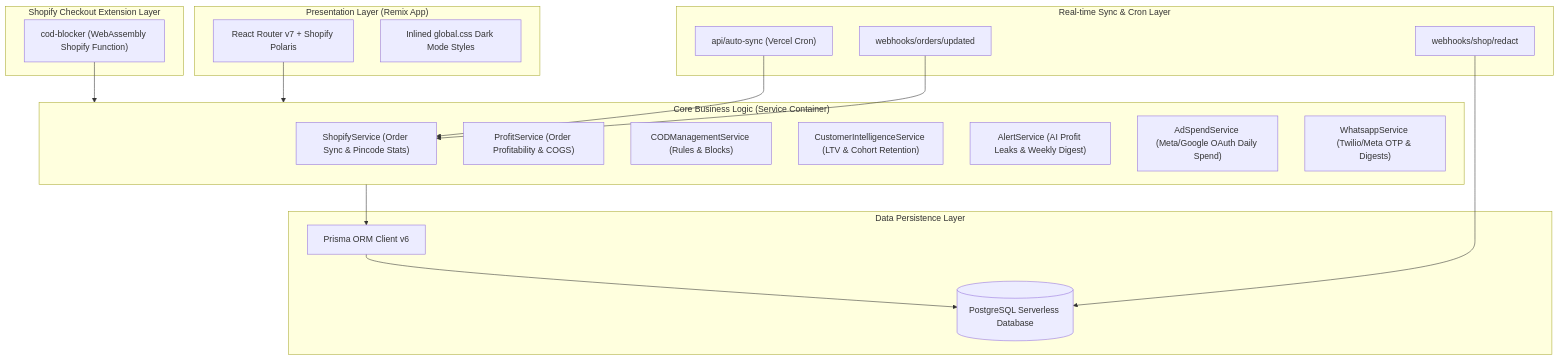
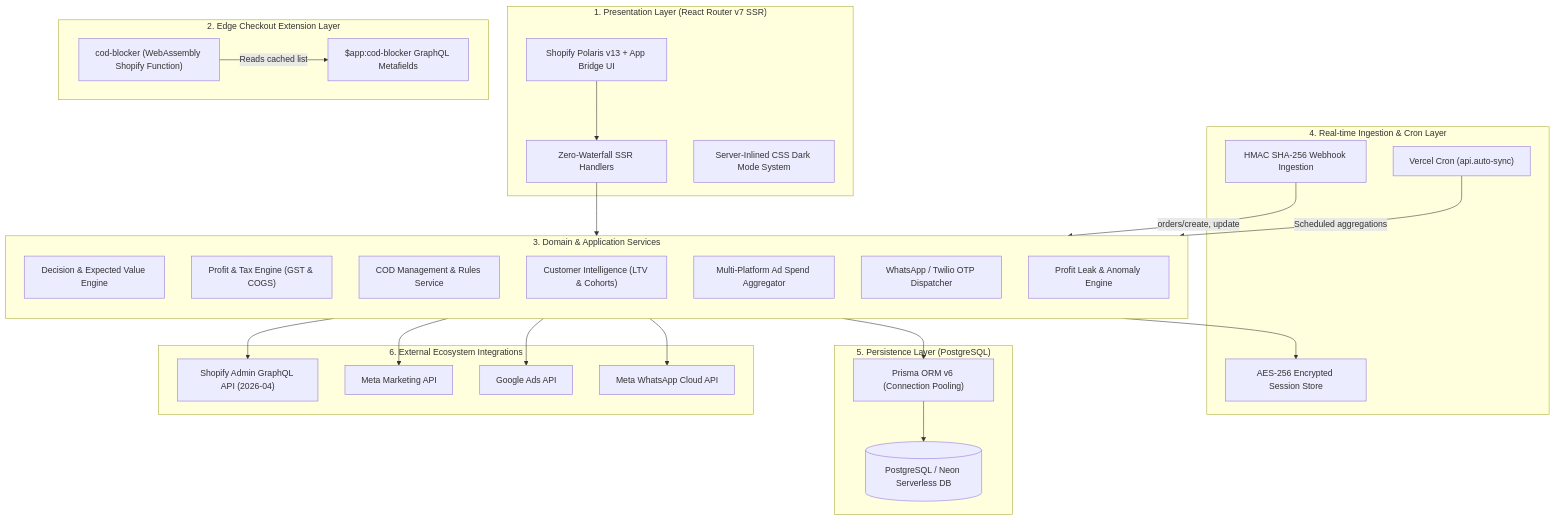
Before and after one commit to vishal1357v/ProfitRx: the first of 4 diagrams in README.md, drawn with Mermaid. The commit also changed other lines of this file, not shown here.

Commit message:
docs: overhaul README with comprehensive system architecture, technical moats, and engineering specifications

````diff
--- a/README.md
+++ b/README.md
@@ -35,46 +44,62 @@
 ```mermaid
 graph TD
     %% Presentation Layer
-    subgraph Presentation ["Presentation Layer (Remix App)"]
-        UI["React Router v7 + Shopify Polaris"]
-        CSS["Inlined global.css Dark Mode Styles"]
+    subgraph Presentation ["1. Presentation Layer (React Router v7 SSR)"]
+        UI["Shopify Polaris v13 + App Bridge UI"]
+        SSR["Zero-Waterfall SSR Handlers"]
+        Theme["Server-Inlined CSS Dark Mode System"]
     end
 
     %% Edge Extension Layer
-    subgraph Extension ["Shopify Checkout Extension Layer"]
-        Func["cod-blocker (WebAssembly Shopify Function)"]
+    subgraph Extension ["2. Edge Checkout Extension Layer"]
+        WASM["cod-blocker (WebAssembly Shopify Function)"]
+        Metafield["$app:cod-blocker GraphQL Metafields"]
     end
 
     %% Core Application Layer
-    subgraph Core ["Core Business Logic (Service Container)"]
-        SS["ShopifyService (Order Sync & Pincode Stats)"]
-        PS["ProfitService (Order Profitability & COGS)"]
-        CODS["CODManagementService (Rules & Blocks)"]
-        CIS["CustomerIntelligenceService (LTV & Cohort Retention)"]
-        Alerts["AlertService (AI Profit Leaks & Weekly Digest)"]
-        Ads["AdSpendService (Meta/Google OAuth Daily Spend)"]
-        WA["WhatsappService (Twilio/Meta OTP & Digests)"]
+    subgraph Core ["3. Domain & Application Services"]
+        direction TB
+        DE["Decision & Expected Value Engine"]
+        PS["Profit & Tax Engine (GST & COGS)"]
+        COD["COD Management & Rules Service"]
+        CI["Customer Intelligence (LTV & Cohorts)"]
+        ADS["Multi-Platform Ad Spend Aggregator"]
+        WA["WhatsApp / Twilio OTP Dispatcher"]
+        ALERT["Profit Leak & Anomaly Engine"]
     end
 
-    %% Data & Infrastructure
-    subgraph Data ["Data Persistence Layer"]
-        Prisma["Prisma ORM Client v6"]
-        DB[(PostgreSQL Serverless Database)]
+    %% Background & Sync Layer
+    subgraph Sync ["4. Real-time Ingestion & Cron Layer"]
+        WH["HMAC SHA-256 Webhook Ingestion"]
+        Cron["Vercel Cron (api.auto-sync)"]
+        OAuth["AES-256 Encrypted Session Store"]
     end
 
-    %% Webhook & Sync Layer
-    subgraph Webhook ["Real-time Sync & Cron Layer"]
-        SyncAPI["api/auto-sync (Vercel Cron)"]
-        OrderWH["webhooks/orders/updated"]
-        GDPRWH["webhooks/shop/redact"]
+    %% Persistence Layer
+    subgraph Persistence ["5. Persistence Layer (PostgreSQL)"]
+        Prisma["Prisma ORM v6 (Connection Pooling)"]
+        DB[(PostgreSQL / Neon Serverless DB)]
     end
 
-    %% Flow lines
-    UI --> Core
+    %% External APIs
+    subgraph External ["6. External Ecosystem Integrations"]
+        ShopifyAPI["Shopify Admin GraphQL API (2026-04)"]
+        MetaAPI["Meta Marketing API"]
+        GoogleAPI["Google Ads API"]
+        WhatsAppAPI["Meta WhatsApp Cloud API"]
+    end
+
+    %% Connections
+    UI --> SSR
+    SSR --> Core
+    WASM -->|Reads cached list| Metafield
+    WH -->|orders/create, update| Core
+    Cron -->|Scheduled aggregations| Core
     Core --> Prisma
     Prisma --> DB
-    Func --> Core
-    OrderWH --> SS
-    GDPRWH --> DB
-    SyncAPI --> SS
+    Core --> ShopifyAPI
+    ADS --> MetaAPI
+    ADS --> GoogleAPI
+    WA --> WhatsAppAPI
+    Core --> OAuth
 ```
````
